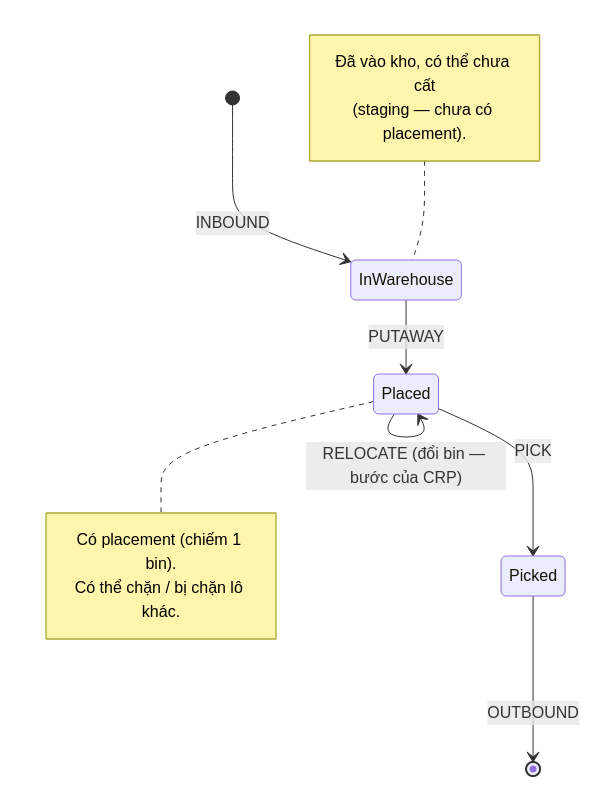
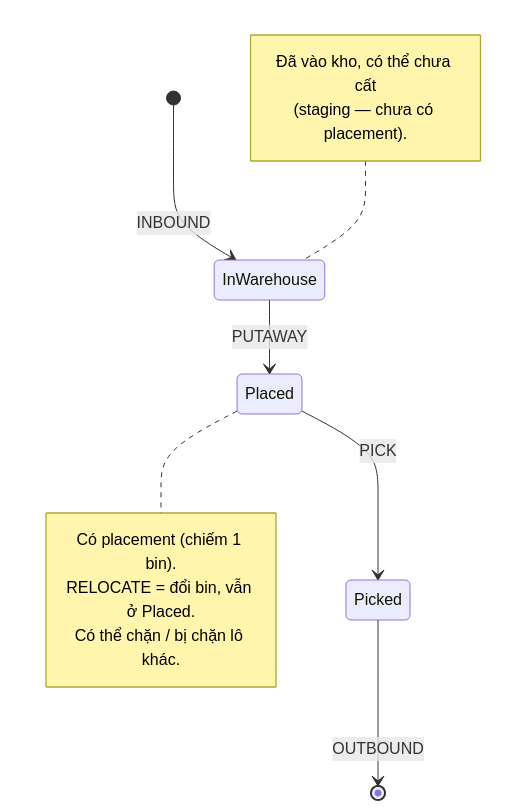
The eighth of 12 diagrams in docs/diagrams.md (nguyenichnghia/stockpile-3d), drawn with Mermaid before and after one commit. The commit also changed 1 other file, not shown here.

Commit message:
fix: render lot lifecycle state diagram and explain from/to bin
Remove the Placed->Placed self-transition that broke Mermaid layout
(RELOCATE keeps the lot in Placed, now noted instead of drawn). Add a
plain-language explanation of bin / from_bin / to_bin in business.md.

````diff
--- a/docs/diagrams.md
+++ b/docs/diagrams.md
@@ -260,16 +260,16 @@
 ```mermaid
 stateDiagram-v2
     [*] --> InWarehouse: INBOUND
     InWarehouse --> Placed: PUTAWAY
-    Placed --> Placed: RELOCATE (đổi bin — bước của CRP)
     Placed --> Picked: PICK
     Picked --> [*]: OUTBOUND
     note right of Placed
         Có placement (chiếm 1 bin).
+        RELOCATE = đổi bin, vẫn ở Placed.
         Có thể chặn / bị chặn lô khác.
     end note
     note left of InWarehouse
         Đã vào kho, có thể chưa cất
         (staging — chưa có placement).
     end note
 ```
````
